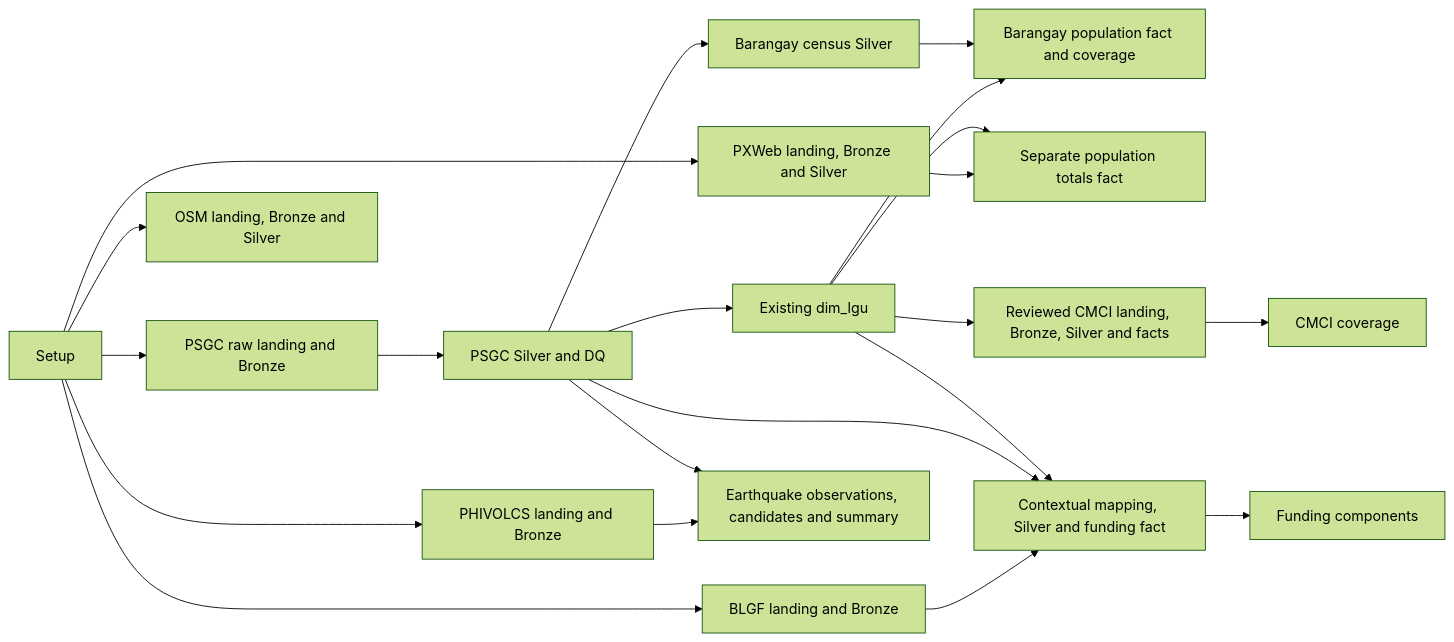
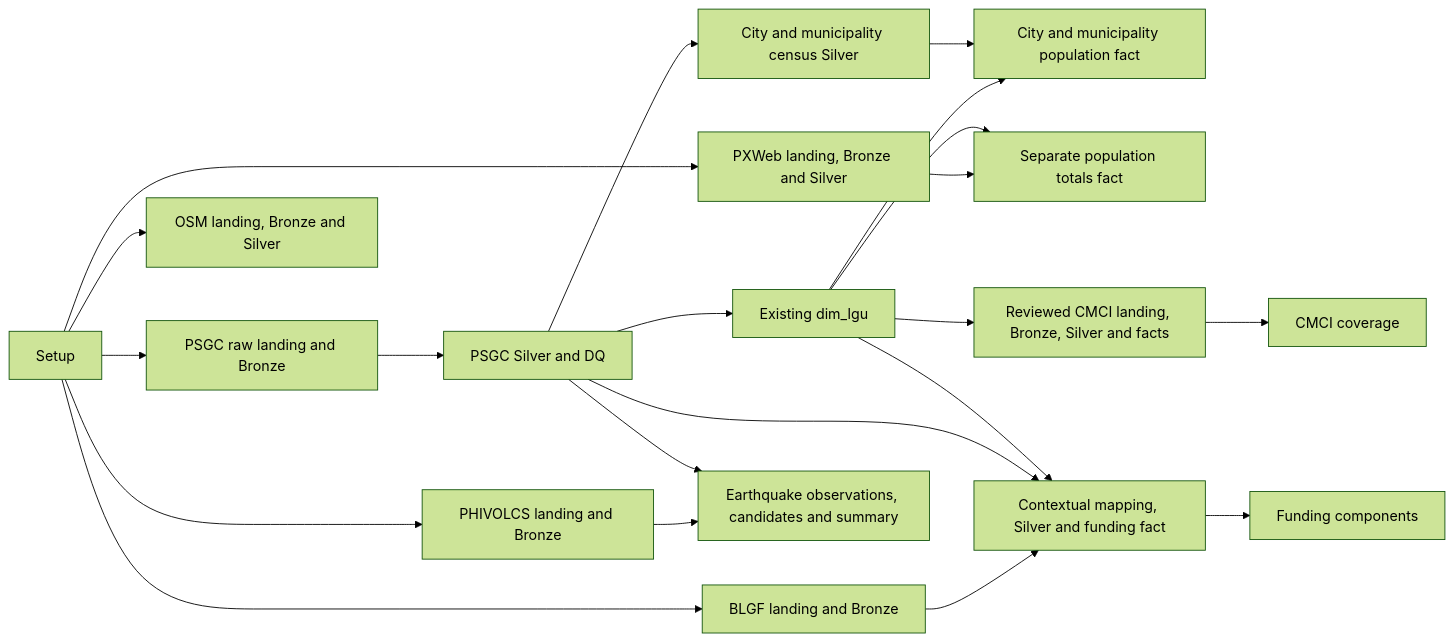
The diagram in docs/architecture/overview.md (Project-AHON/AHON-Pipeline), drawn with Mermaid (forest theme) before and after one commit. The commit also changed other lines of this file and 25 other files, not shown here.

Commit message:
feature: use city municipality population grain

````diff
--- a/docs/architecture/overview.md
+++ b/docs/architecture/overview.md
@@ -5,23 +5,23 @@
 ```mermaid
 flowchart LR
   Setup --> PSGCIngest[PSGC raw landing and Bronze]
   PSGCIngest --> PSGCSilver[PSGC Silver and DQ]
   PSGCSilver --> Dimension[Existing dim_lgu]
-  PSGCSilver --> Population[Barangay census Silver]
-  Dimension --> PopulationFact[Barangay population fact and coverage]
+  PSGCSilver --> Population[City and municipality census Silver]
+  Dimension --> PopulationFact[City and municipality population fact]
   Population --> PopulationFact
   Setup --> PX[PXWeb landing, Bronze and Silver]
   PX --> PXFact[Separate population totals fact]
   Dimension --> PXFact
   Setup --> BLGF[BLGF landing and Bronze]
   BLGF --> Funding[Contextual mapping, Silver and funding fact]
   PSGCSilver --> Funding
   Dimension --> Funding
   Setup --> EQ[PHIVOLCS landing and Bronze]
   EQ --> EQSilver[Earthquake observations, candidates and summary]
   PSGCSilver --> EQSilver
   Setup --> OSM[OSM landing, Bronze and Silver]
   Dimension --> CMCI[Reviewed CMCI landing, Bronze, Silver and facts]
   CMCI --> Coverage[CMCI coverage]
   Funding --> FundingComponents[Funding components]
 ```
````
